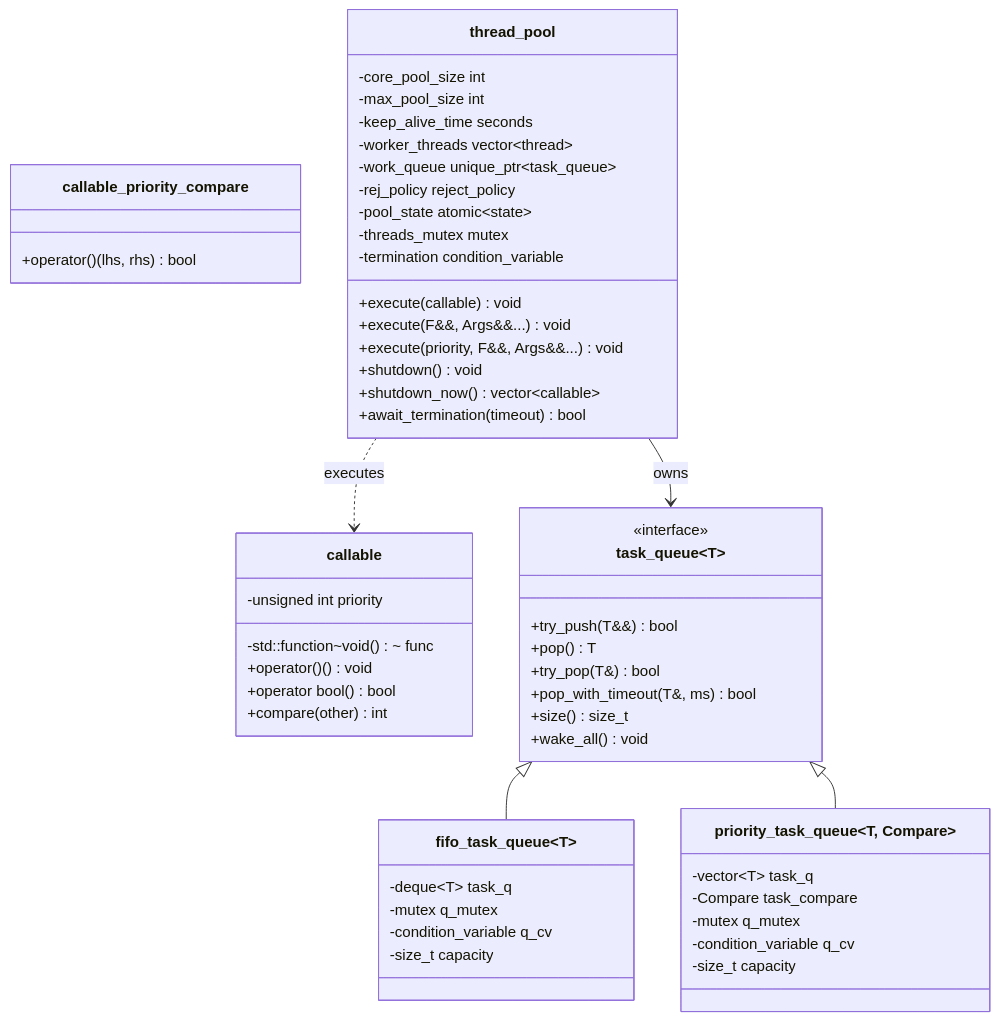
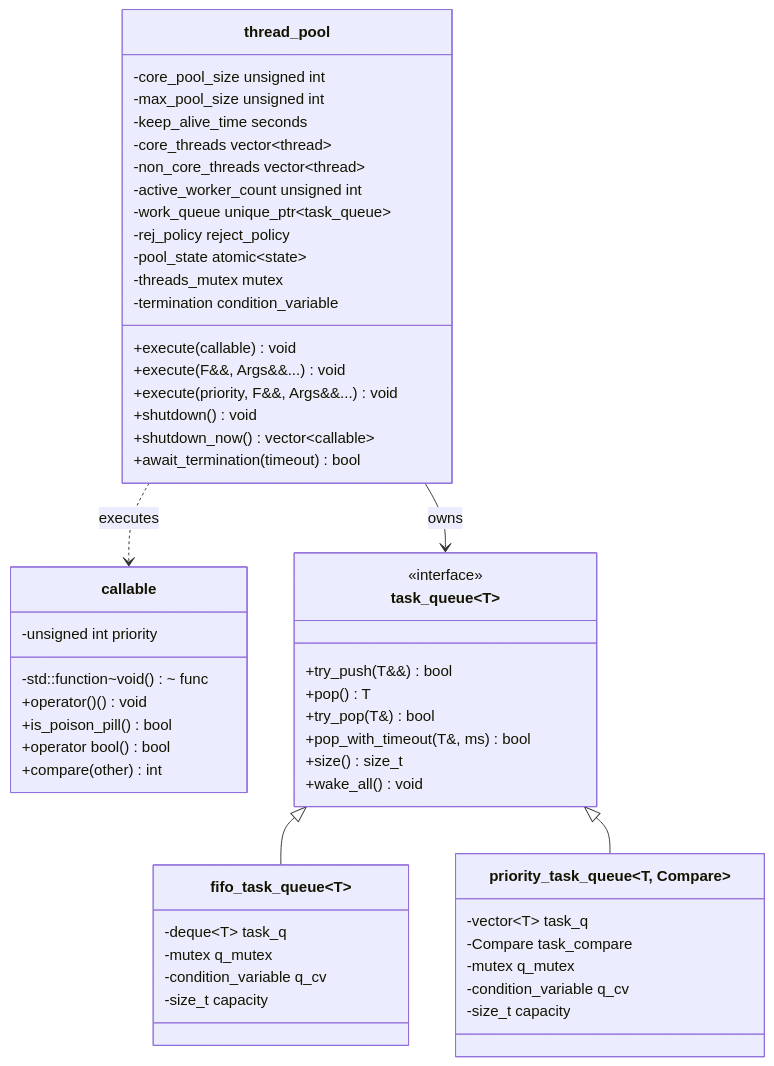
One commit to lwhttpdorg/threadpool changed the first of 2 diagrams in DESIGN.md. Above: the diagram before and after it, drawn with Mermaid. The commit also changed other lines of this file and 13 other files, not shown here.

````diff
--- a/DESIGN.md
+++ b/DESIGN.md
@@ -136,62 +152,61 @@
 ```mermaid
 classDiagram
     class callable {
         -std::function~void()~ func
         -unsigned int priority
         +operator()() void
+        +is_poison_pill() bool
         +operator bool() bool
         +compare(other) int
-    }
-
-    class callable_priority_compare {
-        +operator()(lhs, rhs) bool
     }
 
     class task_queue~T~ {
         <<interface>>
         +try_push(T&&) bool
         +pop() T
         +try_pop(T&) bool
         +pop_with_timeout(T&, ms) bool
         +size() size_t
         +wake_all() void
     }
 
     class fifo_task_queue~T~ {
         -deque~T~ task_q
         -mutex q_mutex
         -condition_variable q_cv
         -size_t capacity
     }
 
     class priority_task_queue~T, Compare~ {
         -vector~T~ task_q
         -Compare task_compare
         -mutex q_mutex
         -condition_variable q_cv
         -size_t capacity
     }
 
     class thread_pool {
         +execute(callable) void
         +execute(F&&, Args&&...) void
         +execute(priority, F&&, Args&&...) void
         +shutdown() void
         +shutdown_now() vector~callable~
         +await_termination(timeout) bool
-        -core_pool_size int
-        -max_pool_size int
+        -core_pool_size unsigned int
+        -max_pool_size unsigned int
         -keep_alive_time seconds
-        -worker_threads vector~thread~
+        -core_threads vector~thread~
+        -non_core_threads vector~thread~
+        -active_worker_count unsigned int
         -work_queue unique_ptr~task_queue~
         -rej_policy reject_policy
         -pool_state atomic~state~
         -threads_mutex mutex
         -termination condition_variable
     }
 
     task_queue~T~ <|-- fifo_task_queue~T~
     task_queue~T~ <|-- priority_task_queue~T, Compare~
     thread_pool --> task_queue~callable~ : owns
     thread_pool ..> callable : executes
 ```
````
